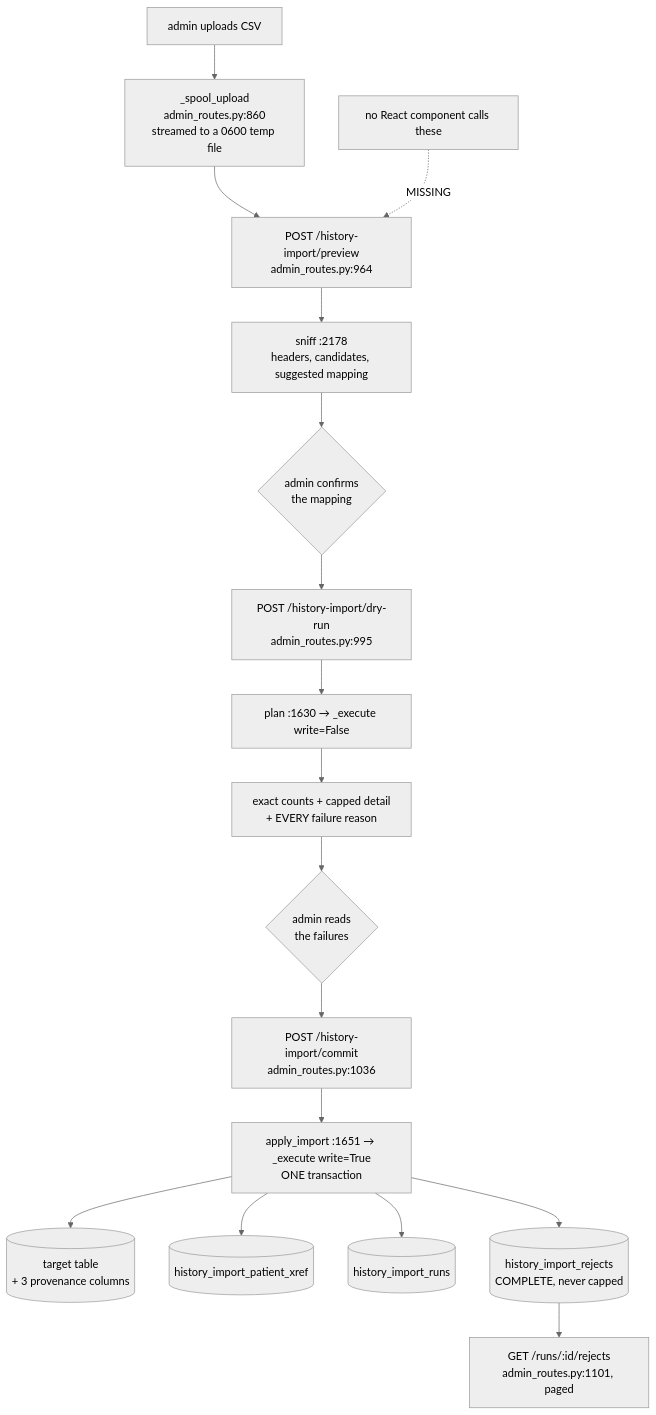
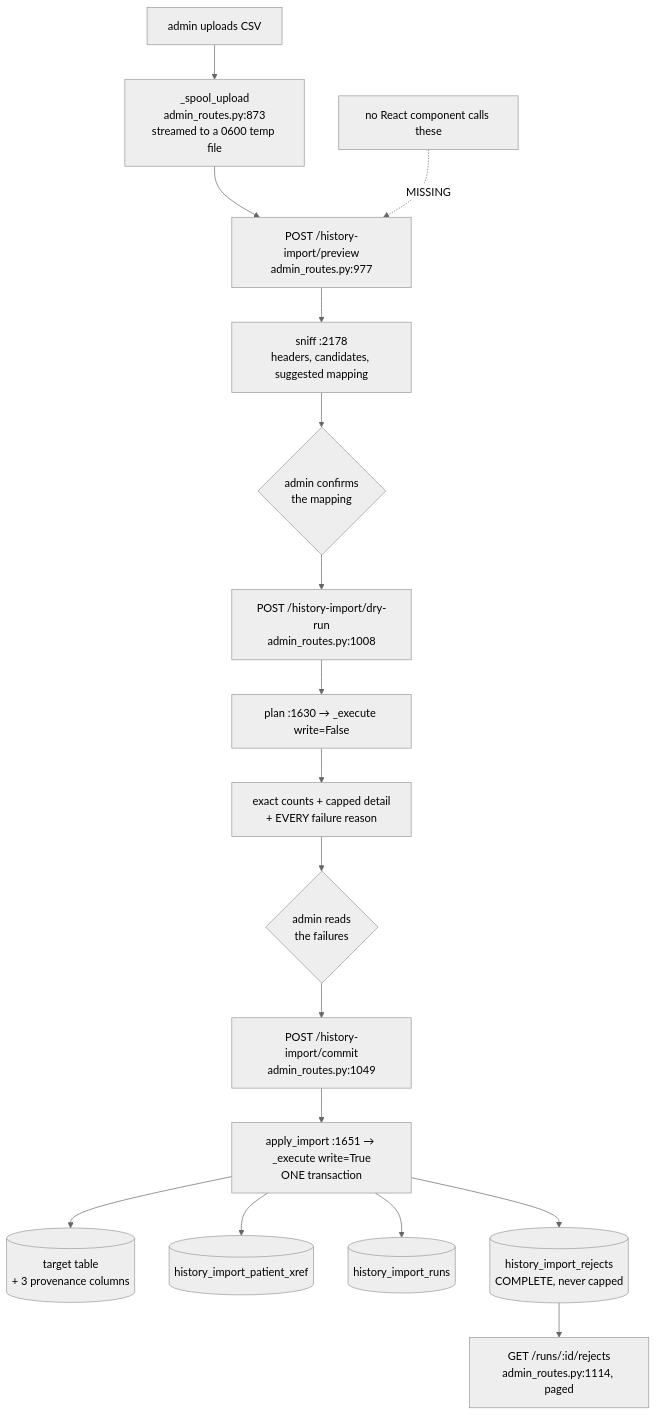
One commit to samuelmorningstar23/Orb changed the first of 2 diagrams in docs/guide/36-history-import.md. Above: the diagram before and after it, drawn with Mermaid (neutral theme). The commit also changed other lines of this file and 151 other files, not shown here.

````diff
--- a/docs/guide/36-history-import.md
+++ b/docs/guide/36-history-import.md
@@ -37,19 +37,19 @@
 ```mermaid
 graph TD
-  UP[admin uploads CSV] --> SPOOL[_spool_upload<br/>admin_routes.py:860<br/>streamed to a 0600 temp file]
-  SPOOL --> P1[POST /history-import/preview<br/>admin_routes.py:964]
+  UP[admin uploads CSV] --> SPOOL[_spool_upload<br/>admin_routes.py:873<br/>streamed to a 0600 temp file]
+  SPOOL --> P1[POST /history-import/preview<br/>admin_routes.py:977]
   P1 --> SNIFF[sniff :2178<br/>headers, candidates, suggested mapping]
   SNIFF --> ADMIN{admin confirms<br/>the mapping}
-  ADMIN --> P2[POST /history-import/dry-run<br/>admin_routes.py:995]
+  ADMIN --> P2[POST /history-import/dry-run<br/>admin_routes.py:1008]
   P2 --> PLAN[plan :1630 → _execute write=False]
   PLAN --> REPORT[exact counts + capped detail<br/>+ EVERY failure reason]
   REPORT --> ADMIN2{admin reads<br/>the failures}
-  ADMIN2 --> P3[POST /history-import/commit<br/>admin_routes.py:1036]
+  ADMIN2 --> P3[POST /history-import/commit<br/>admin_routes.py:1049]
   P3 --> APPLY[apply_import :1651 → _execute write=True<br/>ONE transaction]
   APPLY --> ROWS[(target table<br/>+ 3 provenance columns)]
   APPLY --> XREF[(history_import_patient_xref)]
   APPLY --> RUNS[(history_import_runs)]
   APPLY --> REJ[(history_import_rejects<br/>COMPLETE, never capped)]
-  REJ --> P4[GET /runs/:id/rejects<br/>admin_routes.py:1101, paged]
+  REJ --> P4[GET /runs/:id/rejects<br/>admin_routes.py:1114, paged]
   UI[no React component calls these] -.->|MISSING| P1
 ```
````
